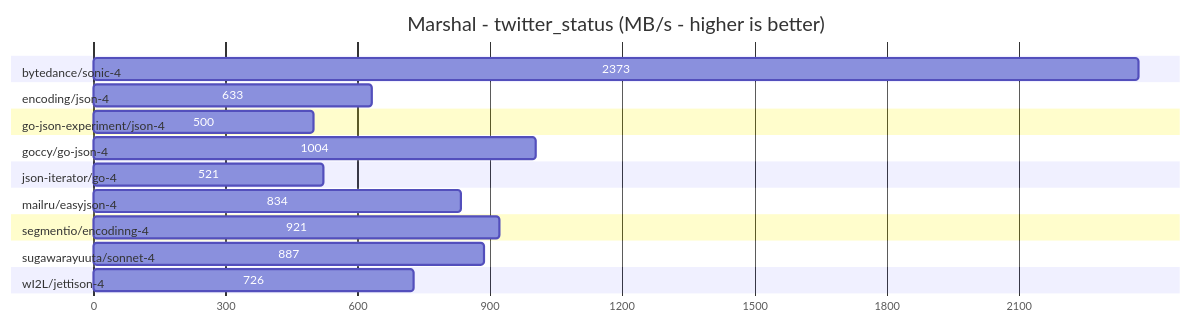
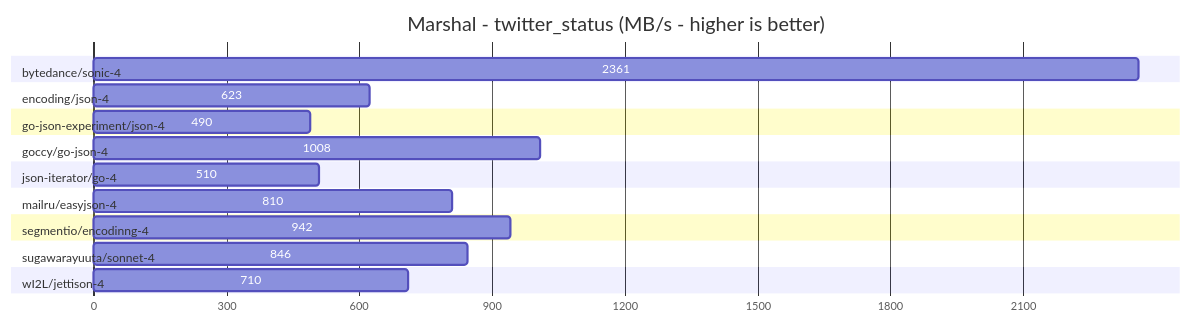
One commit to sugawarayuuta/benchmark changed the sixth of 12 diagrams in README.md. Above: the diagram before and after it, drawn with Mermaid. The commit also changed other lines of this file and 3 other files, not shown here.

````diff
--- a/README.md
+++ b/README.md
@@ -131,25 +131,25 @@
 ```mermaid
 gantt
 title Marshal - twitter_status (MB/s - higher is better)
 dateFormat X
 axisFormat %s
 
 section bytedance/sonic-4                  
-2373 :0, 2373
+2361 :0, 2361
 section encoding/json-4                    
-633 :0, 633
+623 :0, 623
 section go-json-experiment/json-4          
-500 :0, 500
+490 :0, 490
 section goccy/go-json-4                    
-1004 :0, 1004
+1008 :0, 1008
 section json-iterator/go-4                 
-521 :0, 521
+510 :0, 510
 section mailru/easyjson-4                  
-834 :0, 834
+810 :0, 810
 section segmentio/encodinng-4              
-921 :0, 921
+942 :0, 942
 section sugawarayuuta/sonnet-4             
-887 :0, 887
+846 :0, 846
 section wI2L/jettison-4                    
-726 :0, 726
+710 :0, 710
 ```
````
